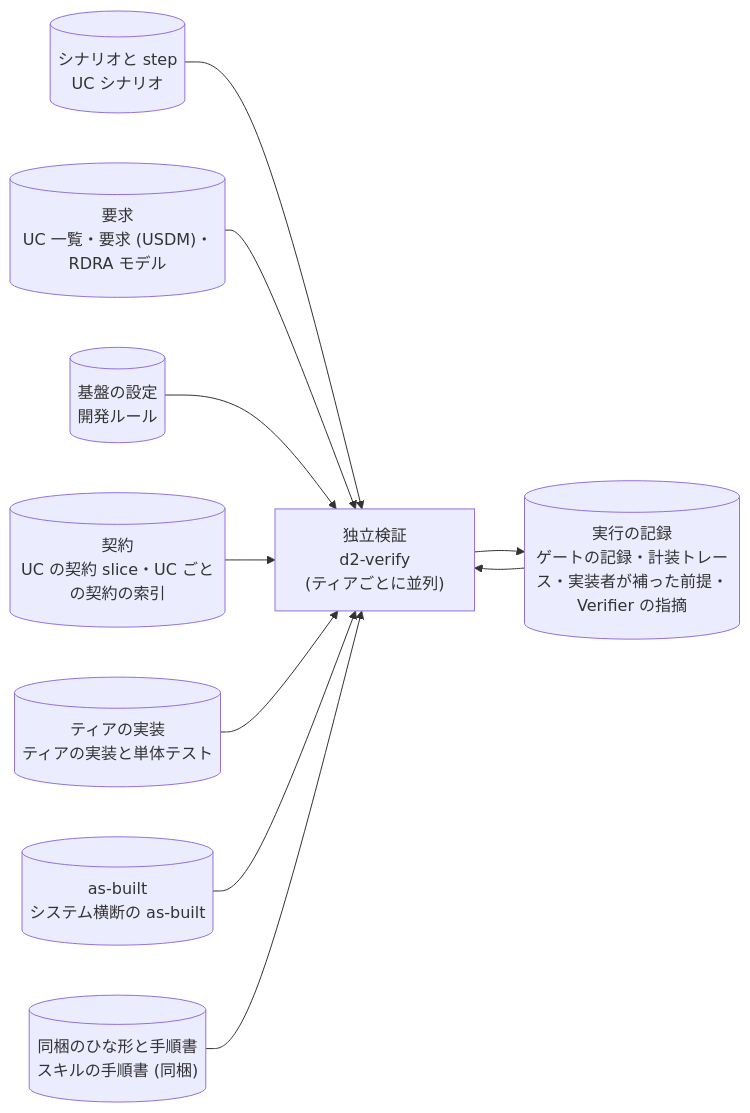
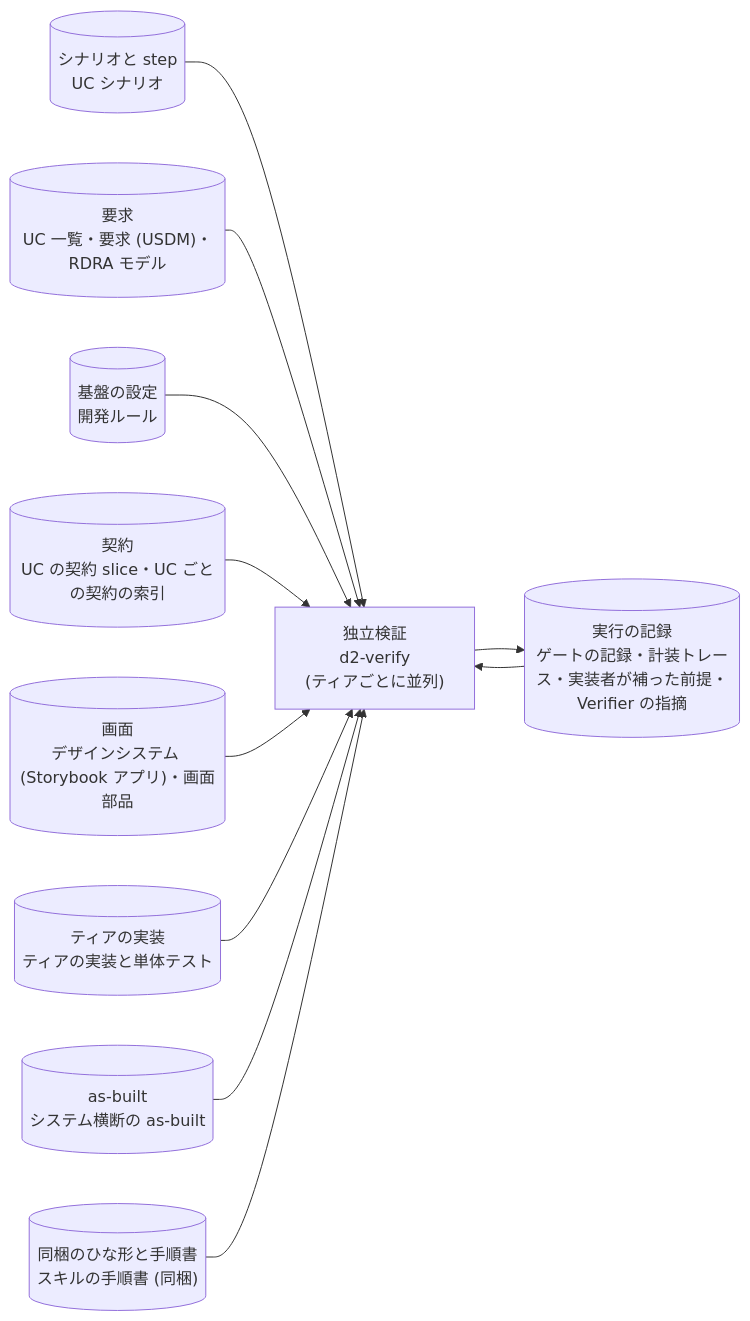
Before and after one commit to suwa-sh/suwa-sh-claude-plugins: diagram 26 of 53 in plugins/distillery2/skills/d2-common/references/dataflow.md, drawn with Mermaid. The commit also changed other lines of this file and 71 other files, not shown here.

````diff
--- a/plugins/distillery2/skills/d2-common/references/dataflow.md
+++ b/plugins/distillery2/skills/d2-common/references/dataflow.md
@@ -700,21 +702,23 @@
 ```mermaid
 flowchart LR
   p_verify["独立検証<br/>d2-verify<br/>(ティアごとに並列)"]
   g_run[("実行の記録<br/>ゲートの記録・計装トレース・実装者が補った前提・Verifier の指摘")]
   g_scenarios[("シナリオと step<br/>UC シナリオ")]
   g_requirements[("要求<br/>UC 一覧・要求 (USDM)・RDRA モデル")]
   g_settings[("基盤の設定<br/>開発ルール")]
   g_contracts[("契約<br/>UC の契約 slice・UC ごとの契約の索引")]
+  g_design[("画面<br/>デザインシステム (Storybook アプリ)・画面部品")]
   g_code[("ティアの実装<br/>ティアの実装と単体テスト")]
   g_asbuilt[("as-built<br/>システム横断の as-built")]
   g_packaged[("同梱のひな形と手順書<br/>スキルの手順書 (同梱)")]
   g_run --> p_verify
   g_scenarios --> p_verify
   g_requirements --> p_verify
   g_settings --> p_verify
   g_contracts --> p_verify
+  g_design --> p_verify
   g_code --> p_verify
   g_asbuilt --> p_verify
   g_packaged --> p_verify
   p_verify --> g_run
 ```
````
